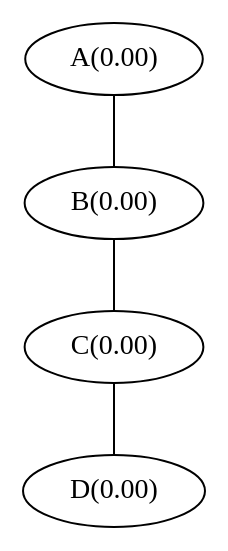
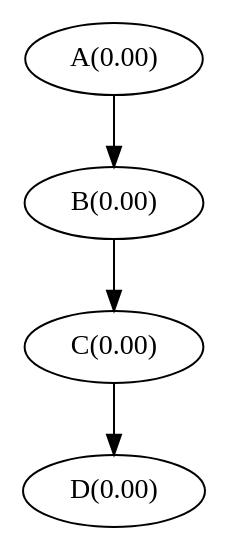
Before and after one commit to rlch/tutero-assignment: the diagram in runner/cases/no_progress.dot, drawn with Graphviz. The commit also changed 16 other files, not shown here.

```diff
--- a/runner/cases/no_progress.dot
+++ b/runner/cases/no_progress.dot
@@ -1,23 +1,23 @@
 
-strict graph no_progress {
+strict digraph no_progress {
 
 	// Node definitions.
 
 	"A(0.00)";
 
 	"B(0.00)";
 
 	"C(0.00)";
 
 	"D(0.00)";
 
 
 	// Edge definitions.
 
-	"A(0.00)" -- "B(0.00)";
+	"A(0.00)" -> "B(0.00)";
 
-	"B(0.00)" -- "C(0.00)";
+	"B(0.00)" -> "C(0.00)";
 
-	"C(0.00)" -- "D(0.00)";
+	"C(0.00)" -> "D(0.00)";
 
 }
```
